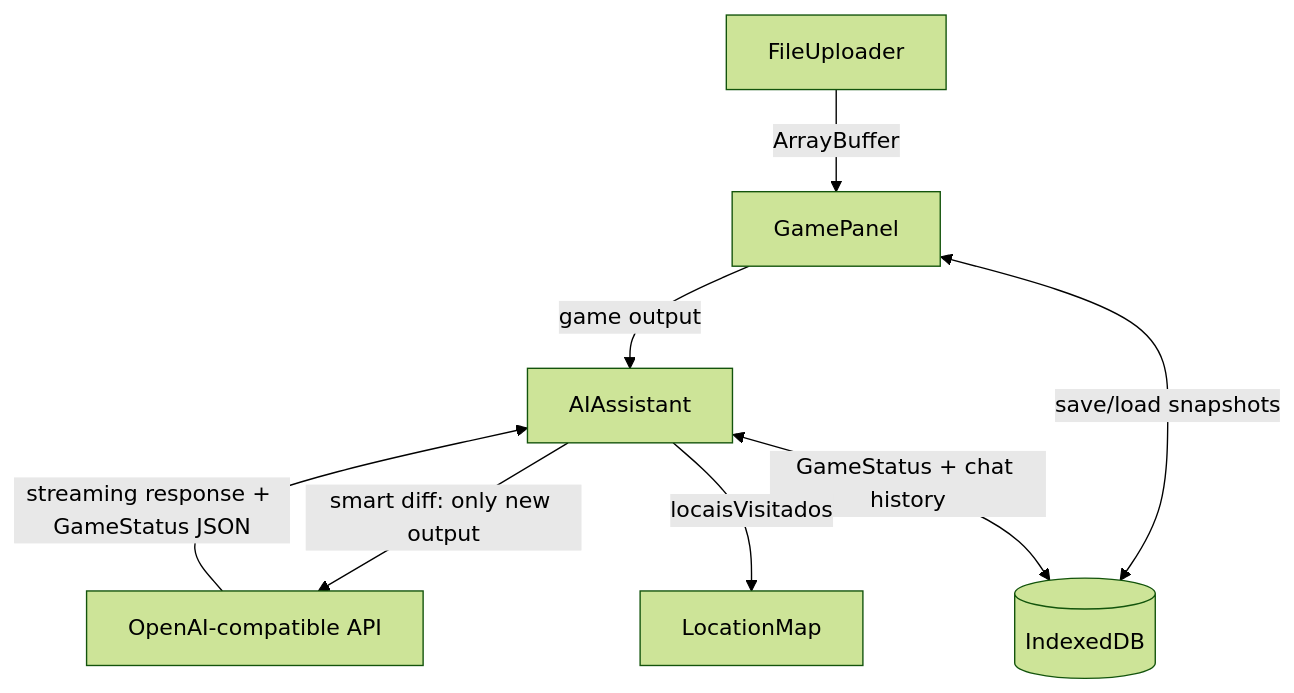
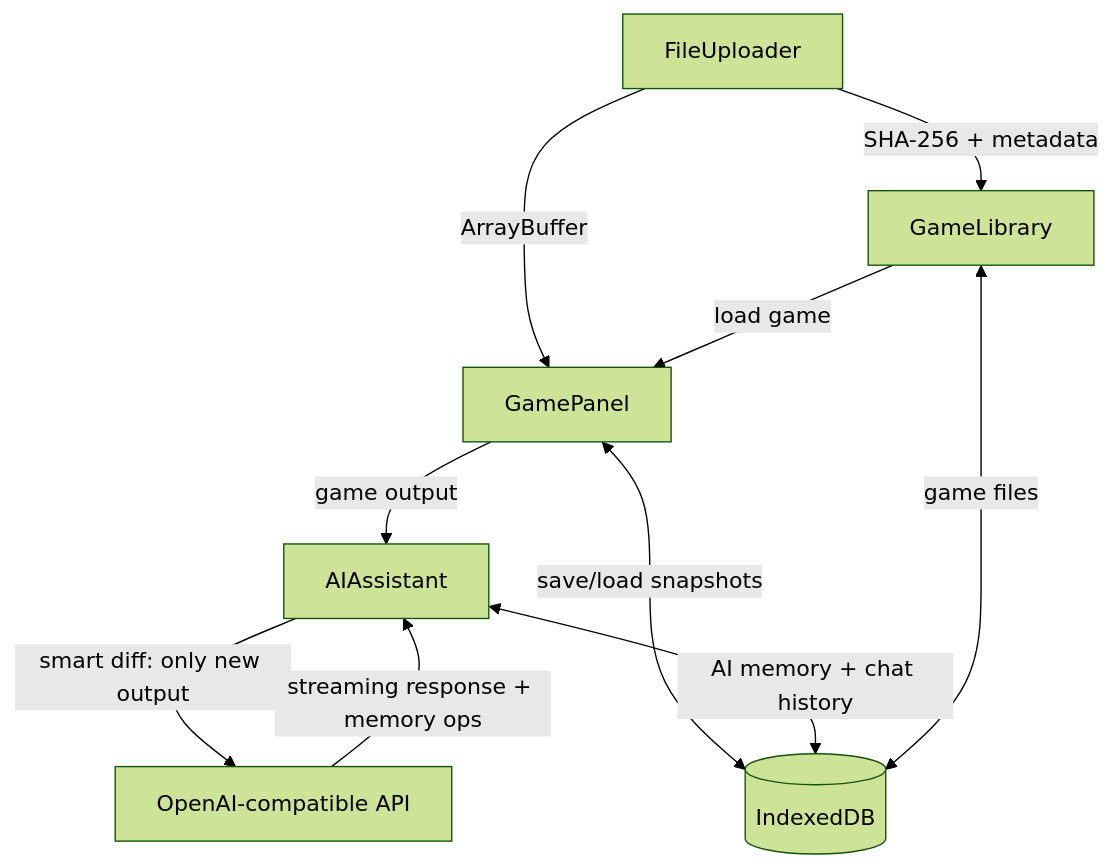
The diagram in README.md (sataaa/yarner), drawn with Mermaid (forest theme) before and after one commit. The commit also changed other lines of this file and 16 other files, not shown here.

````diff
--- a/README.md
+++ b/README.md
@@ -100,10 +90,12 @@
 ```mermaid
 graph TD
     A[FileUploader] -->|ArrayBuffer| B[GamePanel]
     B -->|game output| C[AIAssistant]
     B <-->|save/load snapshots| D[(IndexedDB)]
     C -->|smart diff: only new output| E[OpenAI-compatible API]
-    E -->|streaming response + GameStatus JSON| C
-    C <-->|GameStatus + chat history| D
-    C -->|locaisVisitados| F[LocationMap]
+    E -->|streaming response + memory ops| C
+    C <-->|AI memory + chat history| D
+    A -->|SHA-256 + metadata| F[GameLibrary]
+    F <-->|game files| D
+    F -->|load game| B
 ```
````
